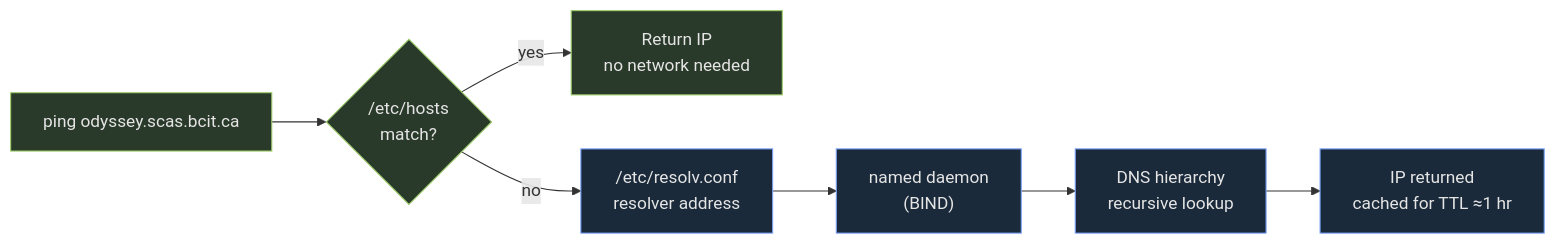
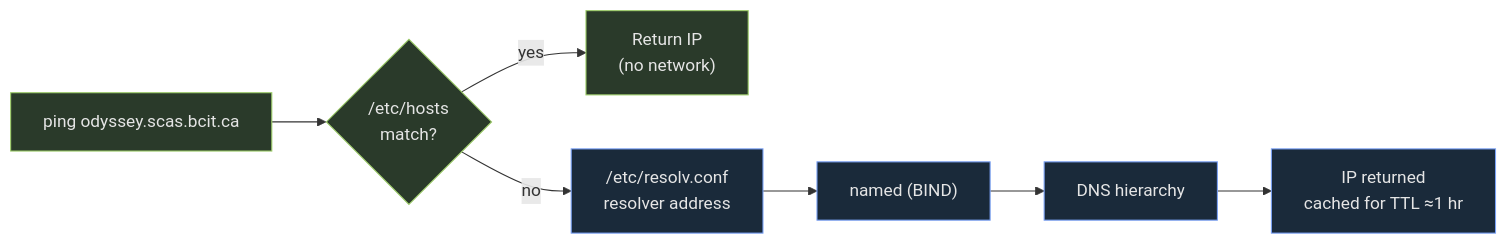
Before and after one commit to mushcore/study-guide-toolkit: the diagram in content/4915/lessons/07-networking-ssh-ftp.md, drawn with Mermaid. The commit also changed other lines of this file and 497 other files, not shown here.

````diff
--- a/content/4915/lessons/07-networking-ssh-ftp.md
+++ b/content/4915/lessons/07-networking-ssh-ftp.md
@@ -35,13 +41,13 @@
 ```mermaid
 flowchart LR
   A["ping odyssey.scas.bcit.ca"] --> B{"/etc/hosts\nmatch?"}
-  B -- "yes" --> C["Return IP\nno network needed"]
+  B -- "yes" --> C["Return IP\n(no network)"]
   B -- "no" --> D["/etc/resolv.conf\nresolver address"]
-  D --> E["named daemon\n(BIND)"]
-  E --> F["DNS hierarchy\nrecursive lookup"]
+  D --> E["named (BIND)"]
+  E --> F["DNS hierarchy"]
   F --> G["IP returned\ncached for TTL ≈1 hr"]
   classDef local fill:#2a3a2a,stroke:#9ece6a,color:#e5e5e5
   classDef net fill:#1a2a3a,stroke:#7aa2f7,color:#e5e5e5
   class A,B,C local
   class D,E,F,G net
 ```
````
